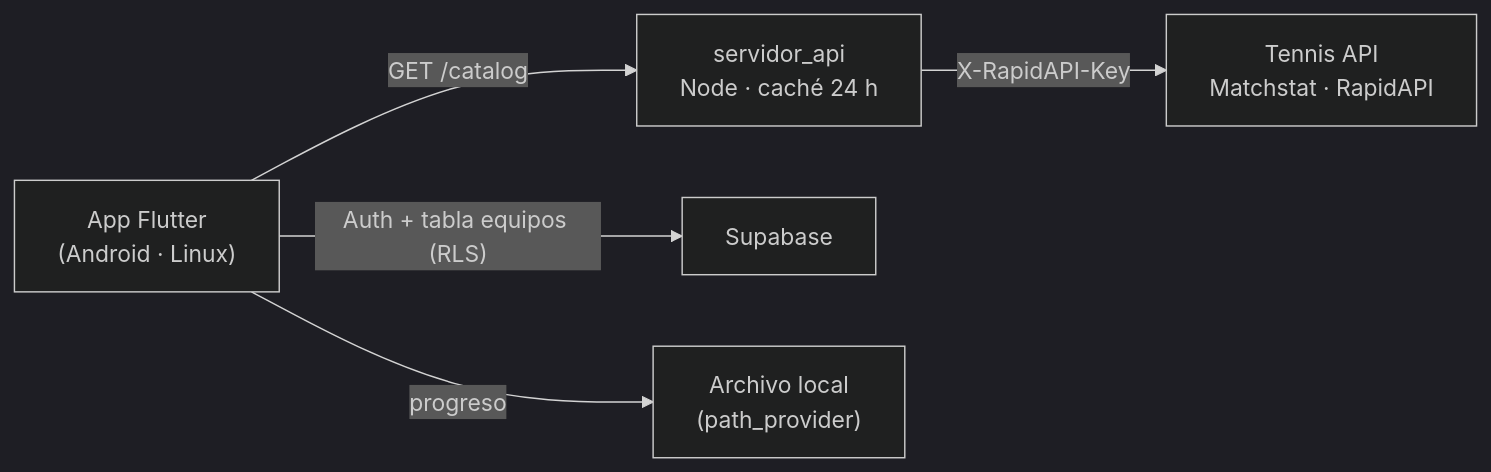
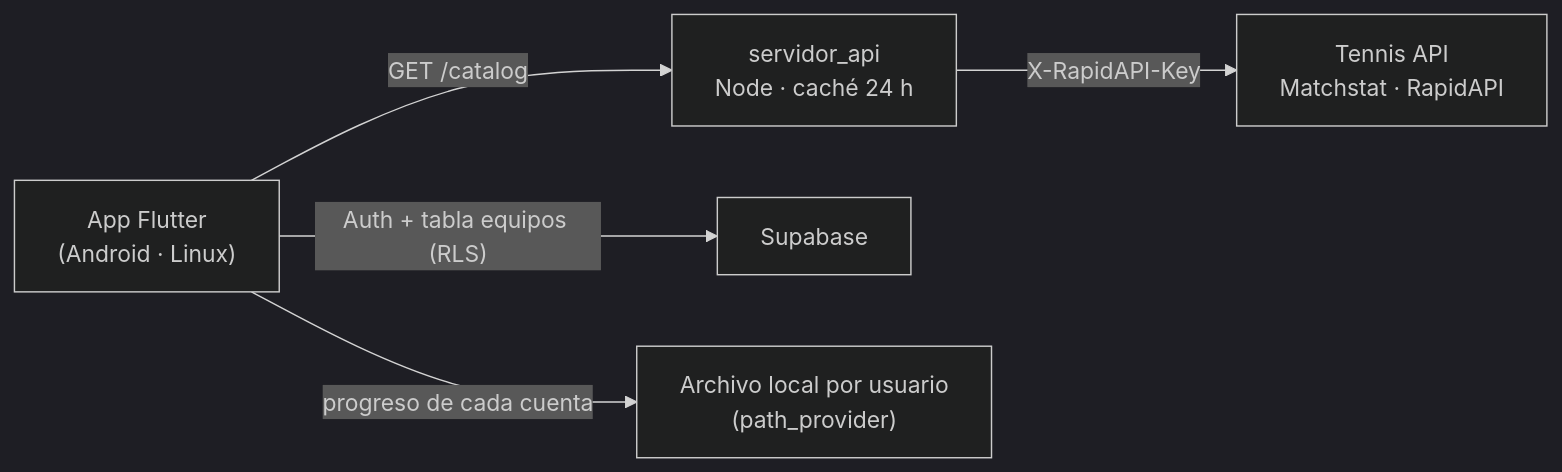
The diagram in README.md (SebaGRT/SpinTCG), drawn with Mermaid (dark theme) before and after one commit. The commit also changed other lines of this file and 2 other files, not shown here.

First line of the commit message:
Progreso propio para cada cuenta

````diff
--- a/README.md
+++ b/README.md
@@ -87,7 +87,7 @@
 ```mermaid
 flowchart LR
   App["App Flutter<br/>(Android · Linux)"] -- "GET /catalog" --> Srv["servidor_api<br/>Node · caché 24 h"]
   Srv -- "X-RapidAPI-Key" --> API["Tennis API<br/>Matchstat · RapidAPI"]
   App -- "Auth + tabla equipos (RLS)" --> SB["Supabase"]
-  App -- "progreso" --> Local["Archivo local<br/>(path_provider)"]
+  App -- "progreso de cada cuenta" --> Local["Archivo local por usuario<br/>(path_provider)"]
 ```
````
